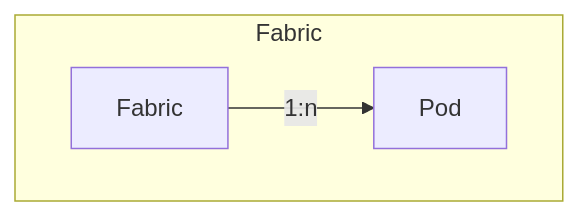
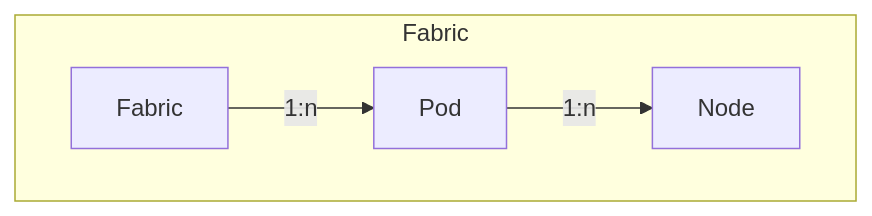
Before and after one commit to pheus/netbox-aci-plugin: the diagram in docs/features/fabrics.md, drawn with Mermaid. The commit also changed other lines of this file and 1 other file, not shown here.

````diff
--- a/docs/features/fabrics.md
+++ b/docs/features/fabrics.md
@@ -9,10 +9,12 @@
 ```mermaid
-flowchart TB
+flowchart TD
   FAB[Fabric]
   POD[Pod]
+  NODE[Node]
 
   %% Fabric topology
   subgraph graphFAB [Fabric]
         FAB -->|1:n| POD
+        POD -->|1:n| NODE
   end
 ```
````
